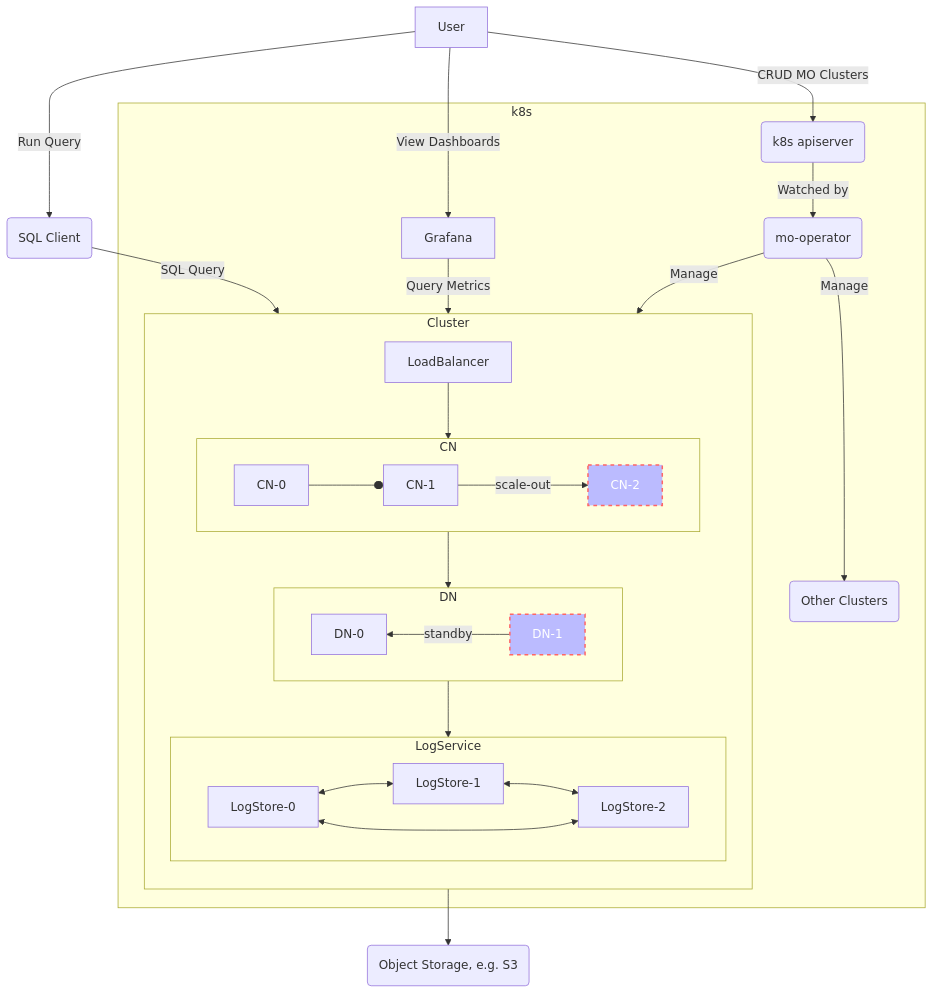
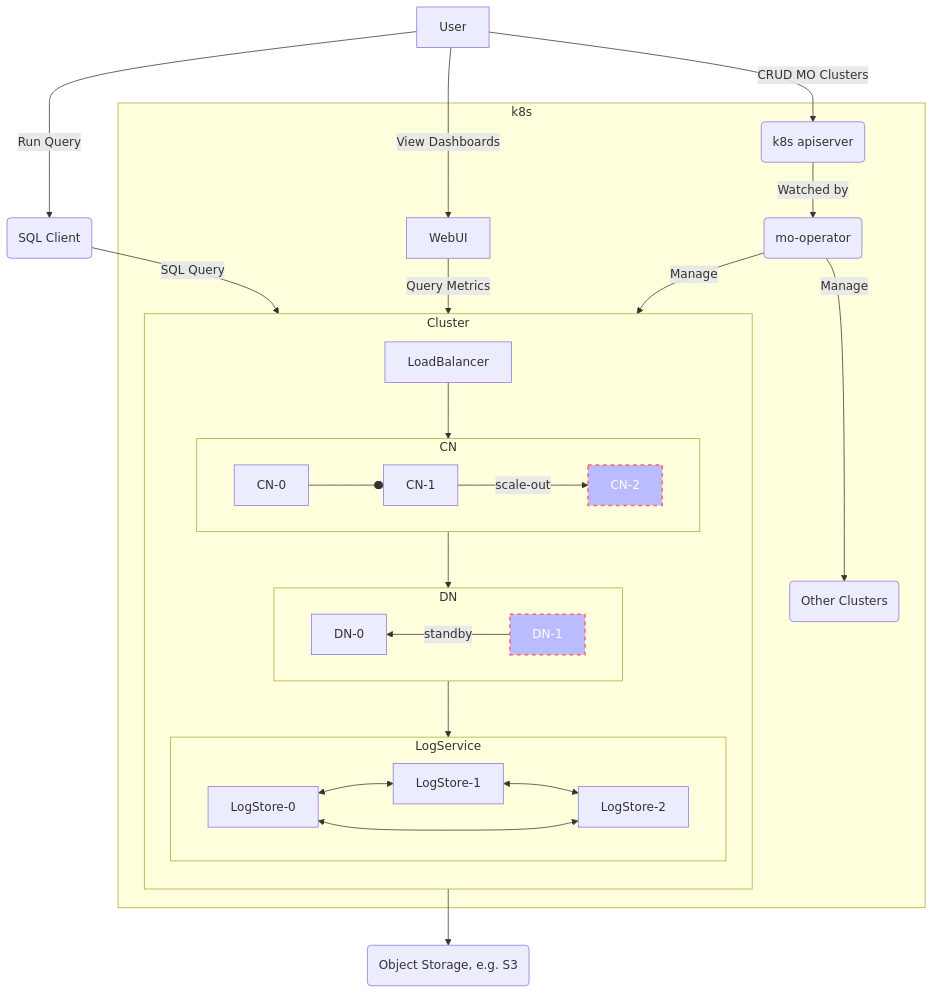
Before and after one commit to matrixorigin/matrixone-operator: the second of 3 diagrams in docs/rfc/2022-07-05-mo-cluster.md, drawn with Mermaid.

````diff
--- a/docs/rfc/2022-07-05-mo-cluster.md
+++ b/docs/rfc/2022-07-05-mo-cluster.md
@@ -92,35 +92,35 @@
 ```mermaid
 flowchart TD
   subgraph k8s
     subgraph Cluster
     direction TB
     LoadBalancer
     subgraph CN
       direction LR
       CN-0 --o CN-1
       CN-1 --> |scale-out| CN-2
       style CN-2 fill:#bbf,stroke:#f66,stroke-width:2px,color:#fff,stroke-dasharray: 5 5
     end
     subgraph DN
       direction RL
       DN-1 --> |standby| DN-0
       style DN-1 fill:#bbf,stroke:#f66,stroke-width:2px,color:#fff,stroke-dasharray: 5 5
     end
     subgraph LogService
       direction LR
       LogStore-0 <--> LogStore-1
       LogStore-1 <--> LogStore-2
       LogStore-2 <--> LogStore-0
     end
     end
-      Grafana --> |Query Metrics| Cluster
+      WebUI --> |Query Metrics| Cluster
       API(k8s apiserver) --> |Watched by| OP
       OP(mo-operator) --> |Manage| Cluster
       OP --> |Manage| cc(Other Clusters)
   end
   User --> |Run Query| Client
-  User --> |View Dashboards| Grafana
+  User --> |View Dashboards| WebUI
   User --> |CRUD MO Clusters| API
   Client(SQL Client) -->|SQL Query| LoadBalancer --> CN --> DN --> LogService
   Cluster --> OS(Object Storage, e.g. S3)
 ```
````
